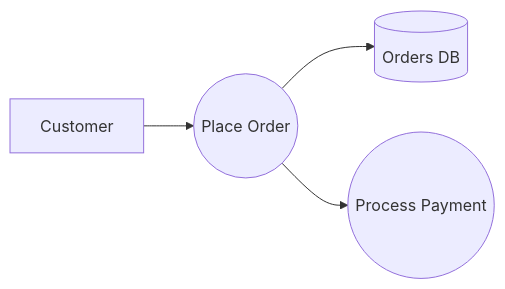
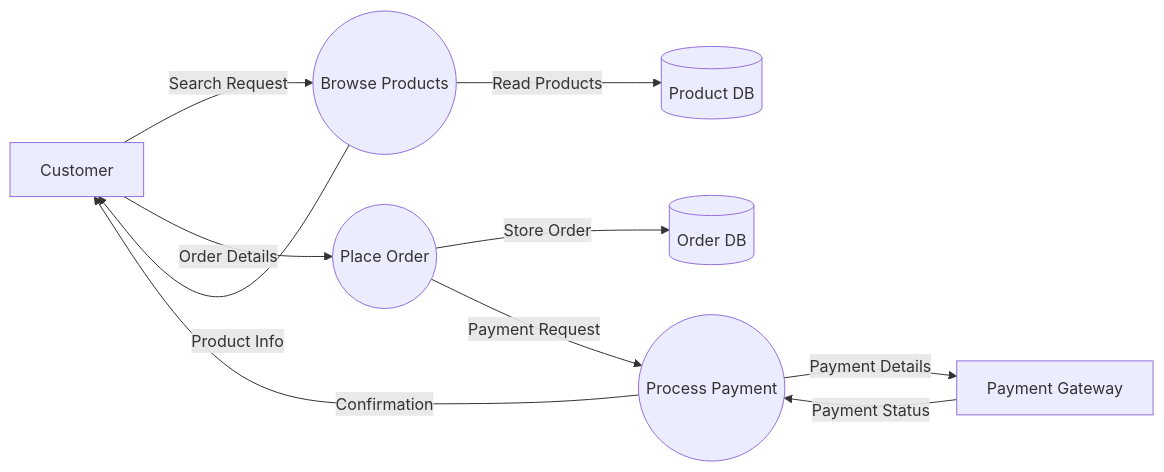
Before and after one commit to namaewafaisal/Obsidian_Vault: the second of 3 diagrams in 03-Academics/OOSE/New Draft/5.4 — Data Flow Diagram (DFD).md, drawn with Mermaid. The commit also changed other lines of this file, not shown here.

````diff
--- a/03-Academics/OOSE/New Draft/5.4 — Data Flow Diagram (DFD).md
+++ b/03-Academics/OOSE/New Draft/5.4 — Data Flow Diagram (DFD).md
@@ -85,13 +191,26 @@
 ```mermaid
 flowchart LR
-    Customer[Customer]
 
-    Order((Place Order))
-    Payment((Process Payment))
+Customer[Customer]
+Payment[Payment Gateway]
 
-    OrdersDB[(Orders DB)]
+P1((Browse Products))
+P2((Place Order))
+P3((Process Payment))
 
-    Customer --> Order
-    Order --> OrdersDB
-    Order --> Payment
+D1[(Product DB)]
+D2[(Order DB)]
+
+Customer -- Search Request --> P1
+P1 -- Product Info --> Customer
+P1 -- Read Products --> D1
+
+Customer -- Order Details --> P2
+P2 -- Store Order --> D2
+
+P2 -- Payment Request --> P3
+P3 -- Payment Details --> Payment
+Payment -- Payment Status --> P3
+
+P3 -- Confirmation --> Customer
 ```
````
